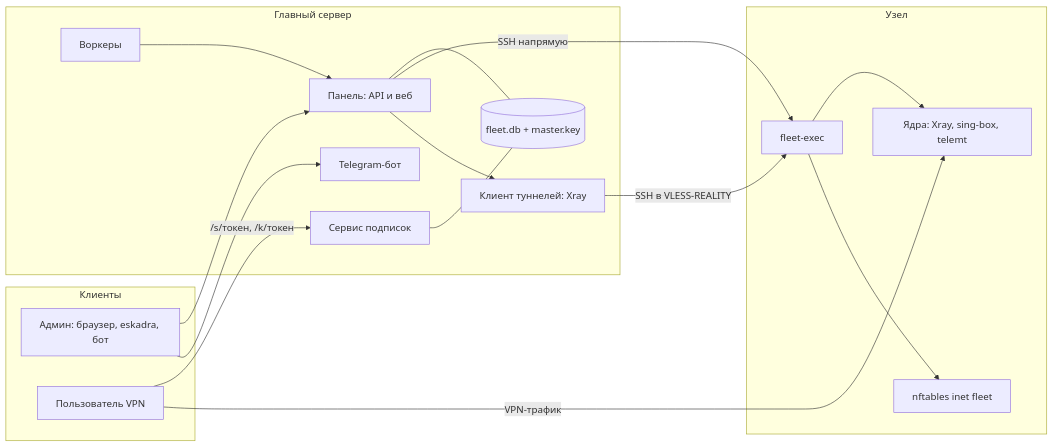
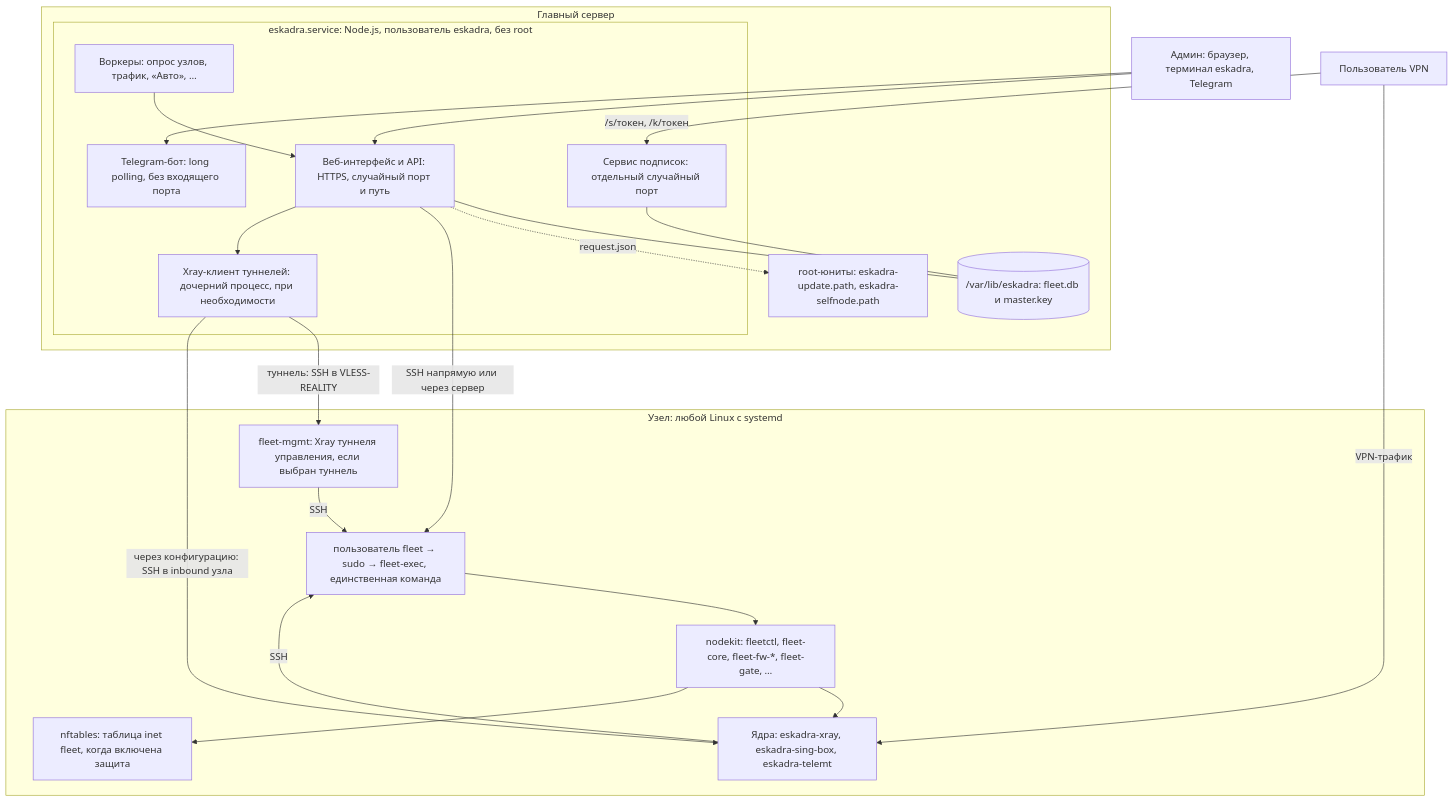
Before and after one commit to deluwr/eskadra: the first of 9 diagrams in eskadra-architecture.md, drawn with Mermaid. The commit also changed other lines of this file and 2 other files, not shown here.

First line of the commit message:
Документация по коду: каналы управления, «по нагрузке», оплата серверов, аналитика

````diff
--- a/eskadra-architecture.md
+++ b/eskadra-architecture.md
@@ -49,32 +19,40 @@
 ```mermaid
-flowchart LR
-  subgraph U[Клиенты]
-    A[Админ: браузер, eskadra, бот]
-    V[Пользователь VPN]
+flowchart TB
+  A["Админ: браузер, терминал eskadra, Telegram"]
+  V["Пользователь VPN"]
+  subgraph M["Главный сервер"]
+    subgraph SVC["eskadra.service: Node.js, пользователь eskadra, без root"]
+      P["Веб-интерфейс и API: HTTPS, случайный порт и путь"]
+      S["Сервис подписок: отдельный случайный порт"]
+      B["Telegram-бот: long polling, без входящего порта"]
+      W["Воркеры: опрос узлов, трафик, «Авто», …"]
+      T["Xray-клиент туннелей: дочерний процесс, при необходимости"]
+    end
+    D[("/var/lib/eskadra: fleet.db и master.key")]
+    R["root-юниты: eskadra-update.path, eskadra-selfnode.path"]
   end
-  subgraph M[Главный сервер]
-    P[Панель: API и веб]
-    S[Сервис подписок]
-    B[Telegram-бот]
-    W[Воркеры]
-    T[Клиент туннелей: Xray]
-    D[(fleet.db + master.key)]
-  end
-  subgraph N[Узел]
-    X[fleet-exec]
-    C[Ядра: Xray, sing-box, telemt]
-    F[nftables inet fleet]
+  subgraph N["Узел: любой Linux с systemd"]
+    X["пользователь fleet → sudo → fleet-exec, единственная команда"]
+    K["nodekit: fleetctl, fleet-core, fleet-fw-*, fleet-gate, …"]
+    C["Ядра: eskadra-xray, eskadra-sing-box, eskadra-telemt"]
+    F["nftables: таблица inet fleet, когда включена защита"]
+    G["fleet-mgmt: Xray туннеля управления, если выбран туннель"]
   end
   A --> P
   A --> B
   V -- "/s/токен, /k/токен" --> S
   P --- D
   S --- D
   W --> P
-  P -- "SSH напрямую" --> X
+  P -. "request.json" .-> R
+  P -- "SSH напрямую или через сервер" --> X
   P --> T
-  T -- "SSH в VLESS-REALITY" --> X
-  X --> C
-  X --> F
+  T -- "туннель: SSH в VLESS-REALITY" --> G
+  T -- "через конфигурацию: SSH в inbound узла" --> C
+  G -- "SSH" --> X
+  C -- "SSH" --> X
+  X --> K
+  K --> C
+  K --> F
   V -- "VPN-трафик" --> C
 ```
````
